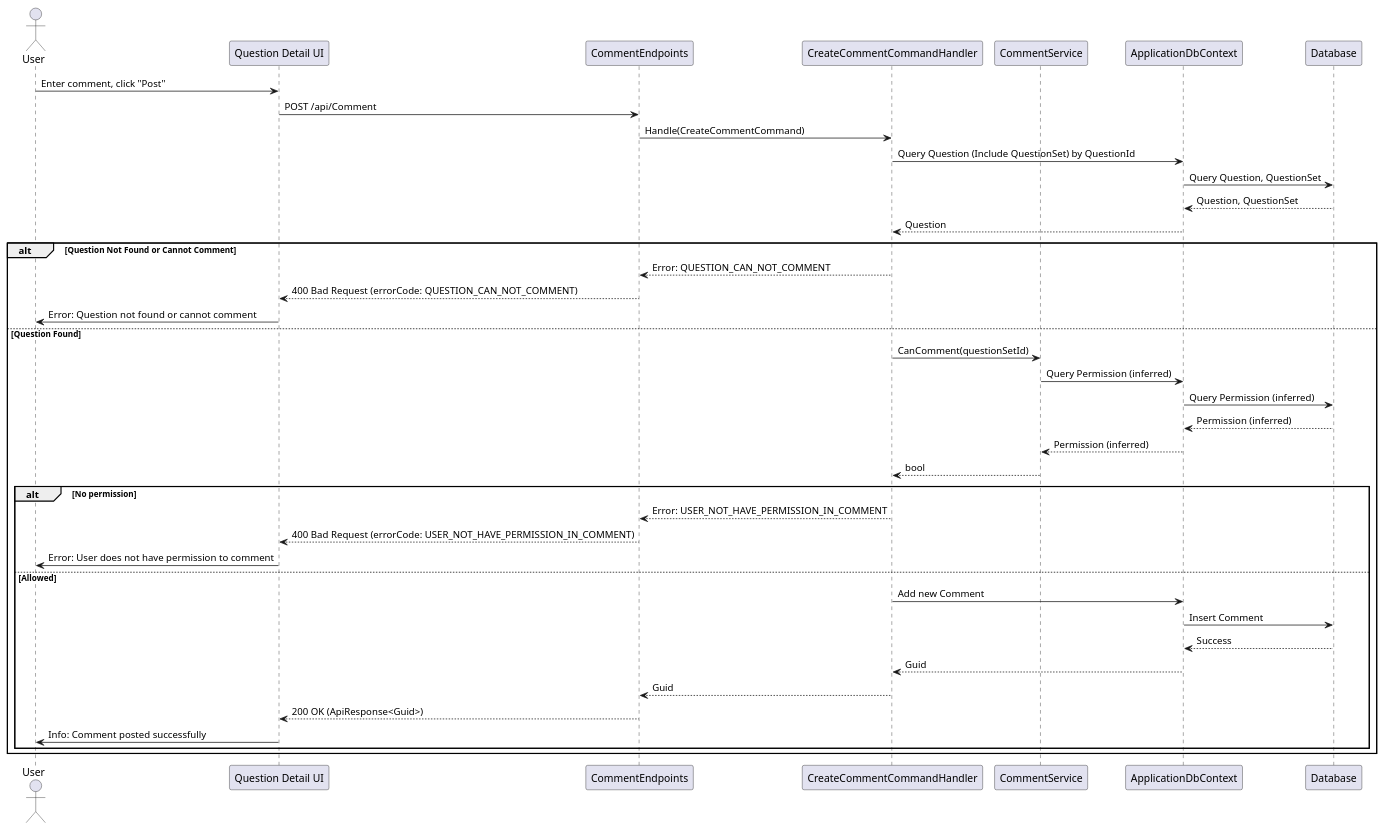
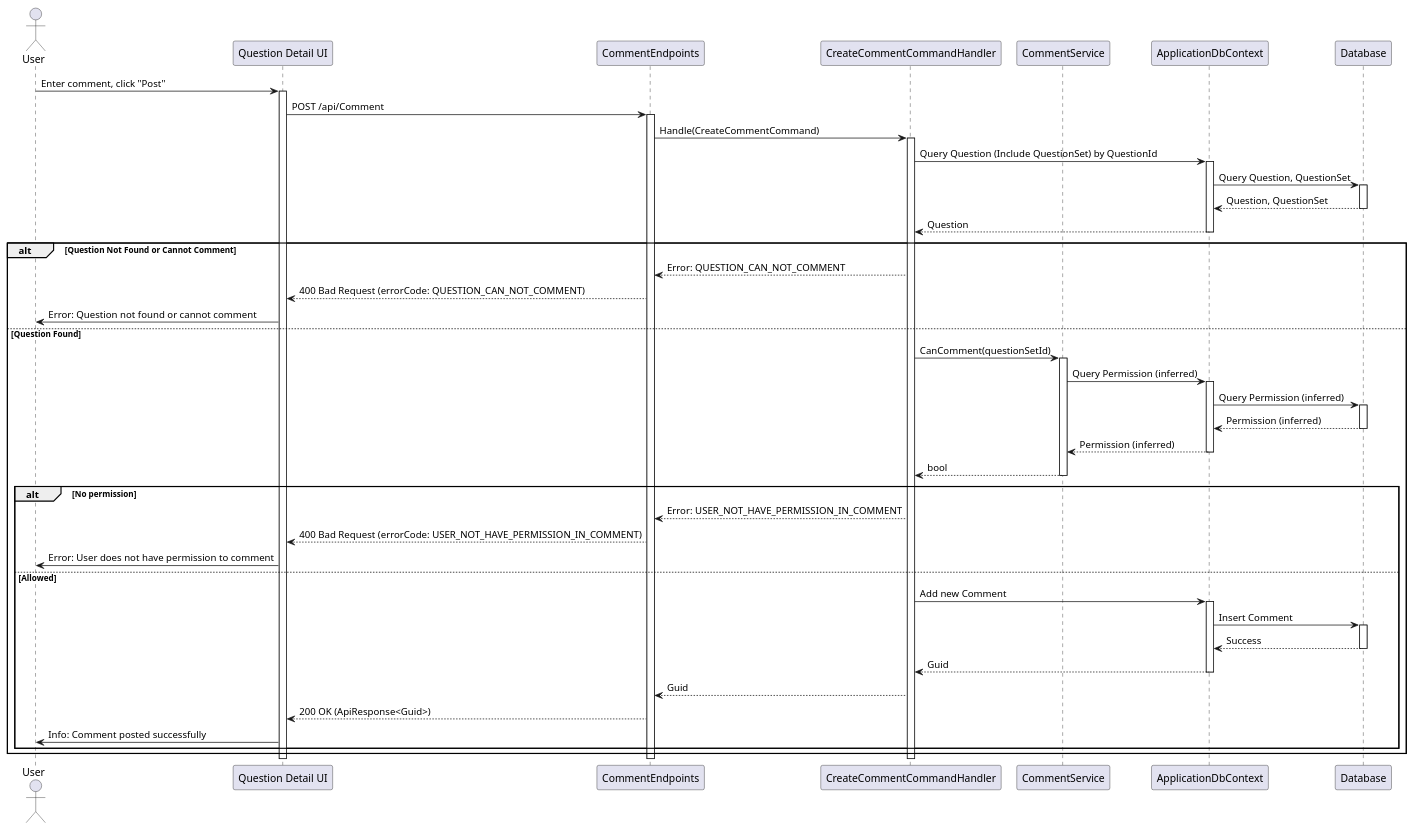
Before and after one commit to thanhkhac/SEP_Diagram: the diagram in Comments/Sequence/CreateCommentCommand.puml, drawn with PlantUML. The commit also changed 1 other file, not shown here.

Commit message:
Add activation and deactivation to sequence diagrams

```diff
--- a/Comments/Sequence/CreateCommentCommand.puml
+++ b/Comments/Sequence/CreateCommentCommand.puml
@@ -1,42 +1,62 @@
 @startuml
 actor User
 participant "Question Detail UI" as UI
 participant CommentEndpoints
 participant CreateCommentCommandHandler as Handler
 participant CommentService
 participant ApplicationDbContext
 participant Database
 
 User -> UI : Enter comment, click "Post"
+activate UI
 UI -> CommentEndpoints : POST /api/Comment
+activate CommentEndpoints
 CommentEndpoints -> Handler : Handle(CreateCommentCommand)
+activate Handler
 Handler -> ApplicationDbContext : Query Question (Include QuestionSet) by QuestionId
+activate ApplicationDbContext
 ApplicationDbContext -> Database : Query Question, QuestionSet
+activate Database
 Database --> ApplicationDbContext : Question, QuestionSet
+deactivate Database
 ApplicationDbContext --> Handler : Question
+deactivate ApplicationDbContext
 alt Question Not Found or Cannot Comment
     Handler --> CommentEndpoints : Error: QUESTION_CAN_NOT_COMMENT
     CommentEndpoints --> UI : 400 Bad Request (errorCode: QUESTION_CAN_NOT_COMMENT)
     UI -> User : Error: Question not found or cannot comment
 else Question Found
     Handler -> CommentService : CanComment(questionSetId)
+    activate CommentService
     CommentService -> ApplicationDbContext : Query Permission (inferred)
+    activate ApplicationDbContext
     ApplicationDbContext -> Database : Query Permission (inferred)
+    activate Database
     Database --> ApplicationDbContext : Permission (inferred)
+deactivate Database
     ApplicationDbContext --> CommentService : Permission (inferred)
+deactivate ApplicationDbContext
     CommentService --> Handler : bool
+deactivate CommentService
     alt No permission
         Handler --> CommentEndpoints : Error: USER_NOT_HAVE_PERMISSION_IN_COMMENT
         CommentEndpoints --> UI : 400 Bad Request (errorCode: USER_NOT_HAVE_PERMISSION_IN_COMMENT)
         UI -> User : Error: User does not have permission to comment
     else Allowed
         Handler -> ApplicationDbContext : Add new Comment
+        activate ApplicationDbContext
         ApplicationDbContext -> Database : Insert Comment
+        activate Database
         Database --> ApplicationDbContext : Success
+deactivate Database
         ApplicationDbContext --> Handler : Guid
+deactivate ApplicationDbContext
         Handler --> CommentEndpoints : Guid
         CommentEndpoints --> UI : 200 OK (ApiResponse<Guid>)
         UI -> User : Info: Comment posted successfully
     end
 end
+deactivate Handler
+deactivate CommentEndpoints
+deactivate UI
 @enduml
```
